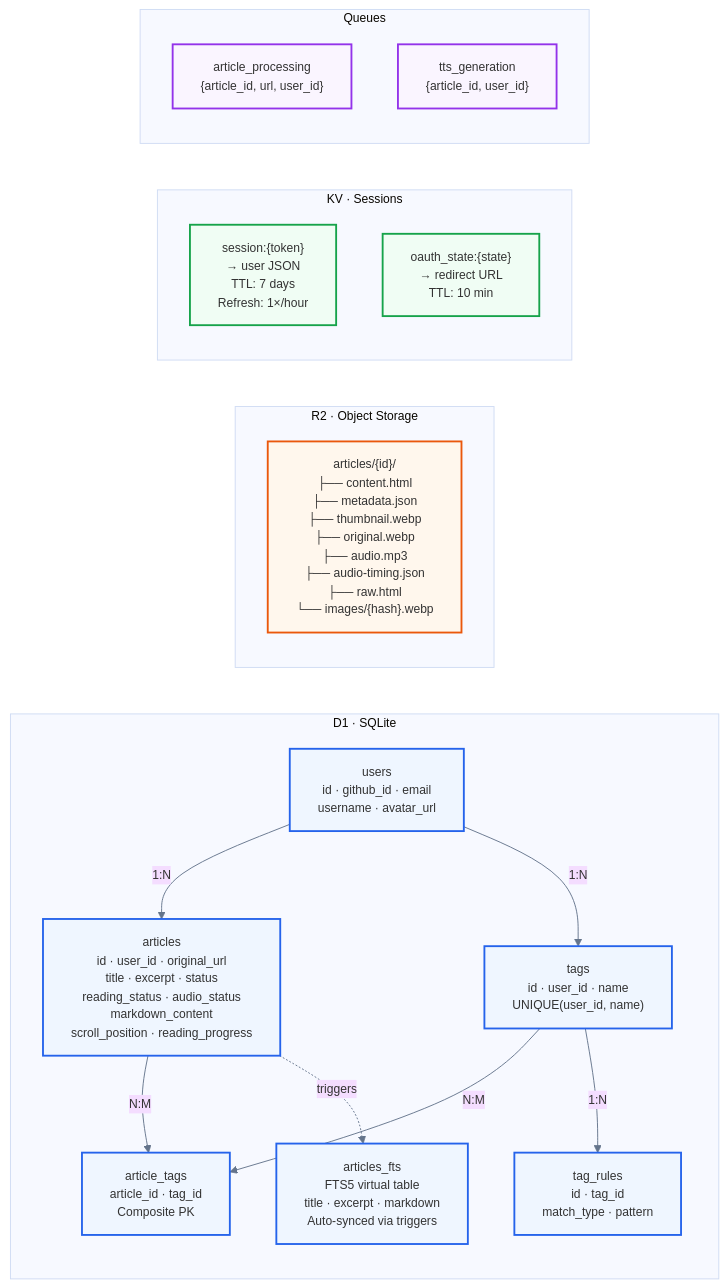
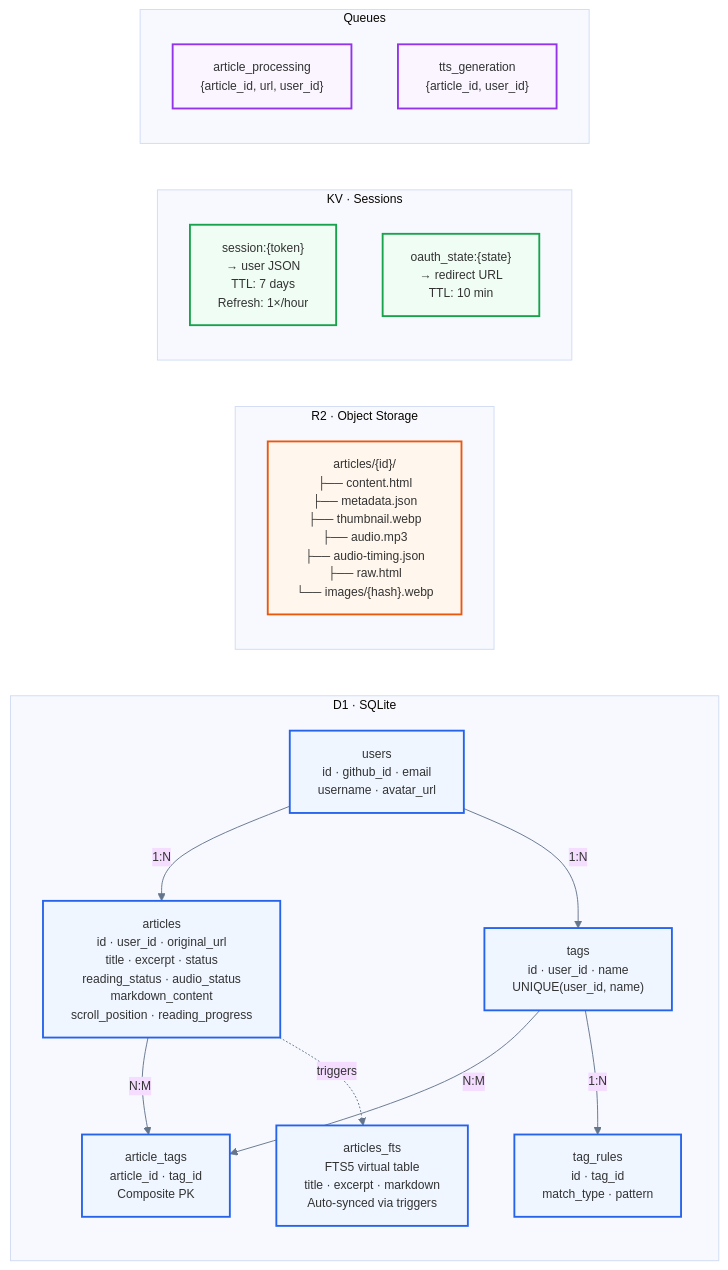
The fifth of 6 diagrams in docs/architecture-diagram.md (adewale/tasche), drawn with Mermaid before and after one commit. The commit also changed other lines of this file and 26 other files, not shown here.

````diff
--- a/docs/architecture-diagram.md
+++ b/docs/architecture-diagram.md
@@ -280,48 +272,48 @@
 ```mermaid
 %%{init: {'theme': 'base', 'themeVariables': { 'lineColor': '#64748b', 'fontSize': '13px' }}}%%
 
 flowchart LR
     subgraph D1["D1 · SQLite"]
         direction TB
         Users["users\nid · github_id · email\nusername · avatar_url"]
         Articles["articles\nid · user_id · original_url\ntitle · excerpt · status\nreading_status · audio_status\nmarkdown_content\nscroll_position · reading_progress"]
         Tags["tags\nid · user_id · name\nUNIQUE(user_id, name)"]
         ArticleTags["article_tags\narticle_id · tag_id\nComposite PK"]
         TagRules["tag_rules\nid · tag_id\nmatch_type · pattern"]
         FTS["articles_fts\nFTS5 virtual table\ntitle · excerpt · markdown\nAuto-synced via triggers"]
 
         Users -->|"1:N"| Articles
         Users -->|"1:N"| Tags
         Articles -->|"N:M"| ArticleTags
         Tags -->|"N:M"| ArticleTags
         Tags -->|"1:N"| TagRules
         Articles -.->|"triggers"| FTS
     end
 
     subgraph R2["R2 · Object Storage"]
         direction TB
-        R2Layout["articles/{id}/\n├── content.html\n├── metadata.json\n├── thumbnail.webp\n├── original.webp\n├── audio.mp3\n├── audio-timing.json\n├── raw.html\n└── images/{hash}.webp"]
+        R2Layout["articles/{id}/\n├── content.html\n├── metadata.json\n├── thumbnail.webp\n├── audio.mp3\n├── audio-timing.json\n├── raw.html\n└── images/{hash}.webp"]
     end
 
     subgraph KVStore["KV · Sessions"]
         direction TB
         Sessions["session:{token}\n→ user JSON\nTTL: 7 days\nRefresh: 1×/hour"]
         OAuthState["oauth_state:{state}\n→ redirect URL\nTTL: 10 min"]
     end
 
     subgraph QueueStore["Queues"]
         direction TB
         ArticleQ["article_processing\n{article_id, url, user_id}"]
         TTSQ["tts_generation\n{article_id, user_id}"]
     end
 
     classDef d1 fill:#eff6ff,stroke:#2563eb,stroke-width:2px
     classDef r2 fill:#fff7ed,stroke:#ea580c,stroke-width:2px
     classDef kv fill:#f0fdf4,stroke:#16a34a,stroke-width:2px
     classDef queue fill:#faf5ff,stroke:#9333ea,stroke-width:2px
 
     class Users,Articles,Tags,ArticleTags,TagRules,FTS d1
     class R2Layout r2
     class Sessions,OAuthState kv
     class ArticleQ,TTSQ queue
 ```
````
